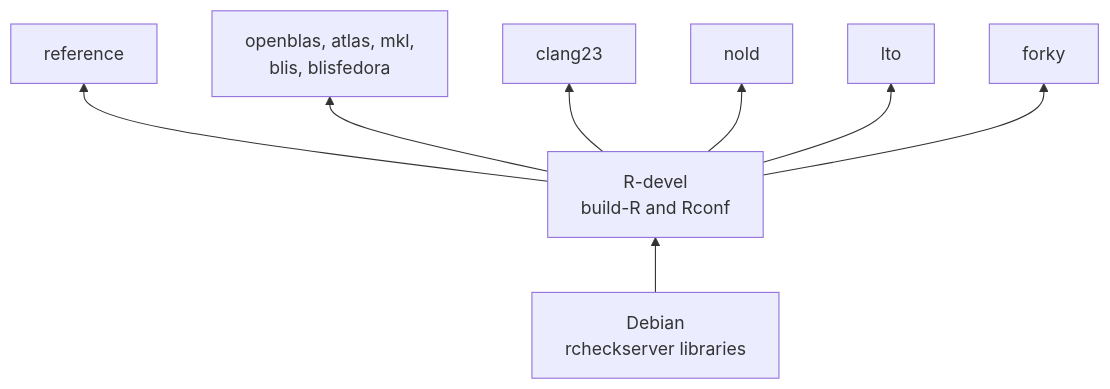
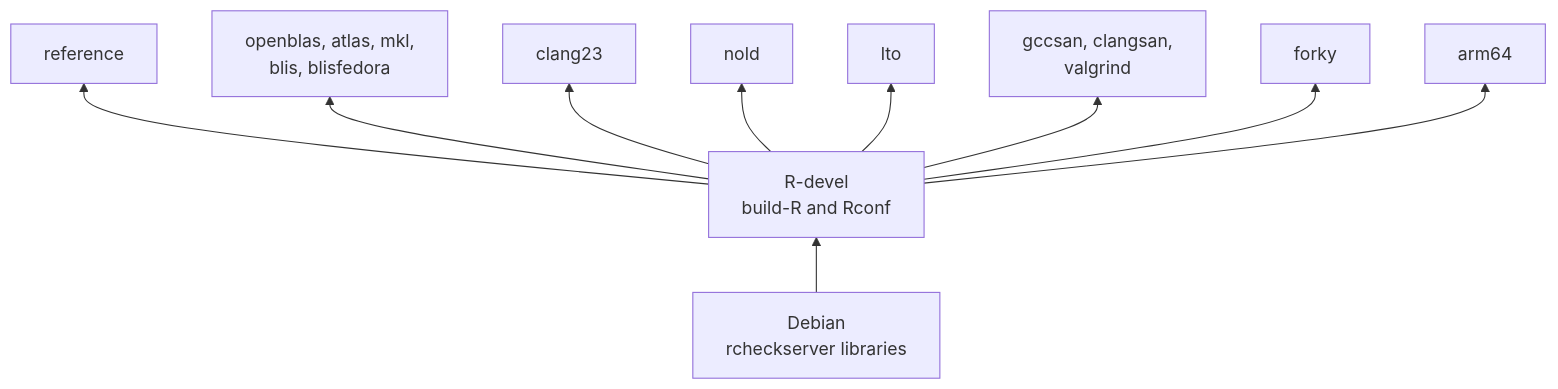
One commit to coatless/docker-r-check changed the first of 2 diagrams in README.md. Above: the diagram before and after it, drawn with Mermaid. The commit also changed other lines of this file, not shown here.

````diff
--- a/README.md
+++ b/README.md
@@ -19,13 +21,15 @@
 ```mermaid
 flowchart BT
     base["Debian<br/>rcheckserver libraries"]
     build["R-devel<br/>build-R and Rconf"]
     blas["openblas, atlas, mkl,<br/>blis, blisfedora"]
     base --> build
     build --> reference
     build --> blas
     build --> clang23
     build --> nold
     build --> lto
+    build --> san["gccsan, clangsan,<br/>valgrind"]
     build --> forky
+    build --> arm64
 ```
````
